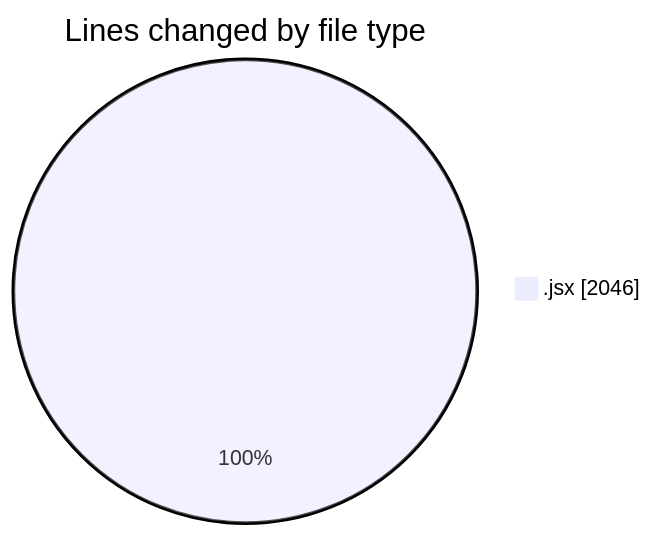
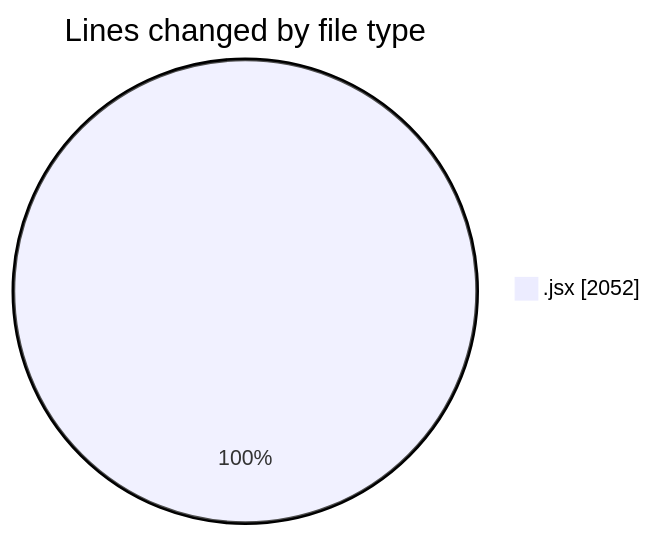
One commit to nxtqubesakshisongat/code-tracking changed the first of 2 diagrams in 2025-07-07/argos/README.md. Above: the diagram before and after it, drawn with Mermaid. The commit also changed other lines of this file and 1 other file, not shown here.

````diff
--- a/2025-07-07/argos/README.md
+++ b/2025-07-07/argos/README.md
@@ -22,5 +22,5 @@
 ```mermaid
 pie showData
 title Lines changed by file type
-".jsx" : 2046
+".jsx" : 2052
 ```
````
